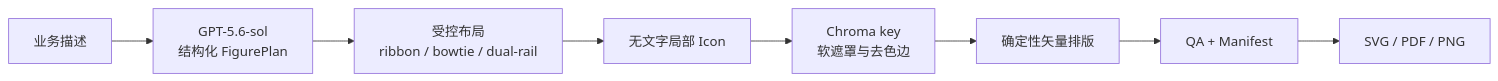
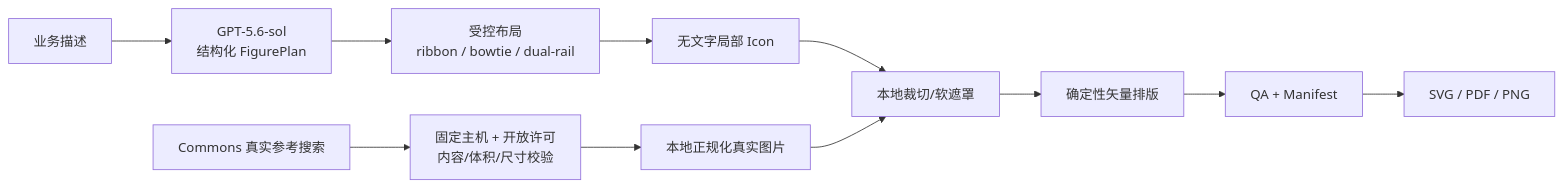
One commit to Sunbeam23333/FigureFlow changed the diagram in README.md. Above: the diagram before and after it, drawn with Mermaid. The commit also changed other lines of this file and 14 other files, not shown here.

````diff
--- a/README.md
+++ b/README.md
@@ -33,10 +34,13 @@
 ```mermaid
 flowchart LR
     A["业务描述"] --> B["GPT-5.6-sol<br/>结构化 FigurePlan"]
     B --> C["受控布局<br/>ribbon / bowtie / dual-rail"]
-    C --> D["无文字局部 Icon"]
-    D --> E["Chroma key<br/>软遮罩与去色边"]
+    R["Commons 真实参考搜索"] --> S["固定主机 + 开放许可<br/>内容/体积/尺寸校验"]
+    S --> D["本地正规化真实图片"]
+    C --> I["无文字局部 Icon"]
+    I --> E["本地裁切/软遮罩"]
+    D --> E
     E --> F["确定性矢量排版"]
     F --> G["QA + Manifest"]
     G --> H["SVG / PDF / PNG"]
 ```
````
